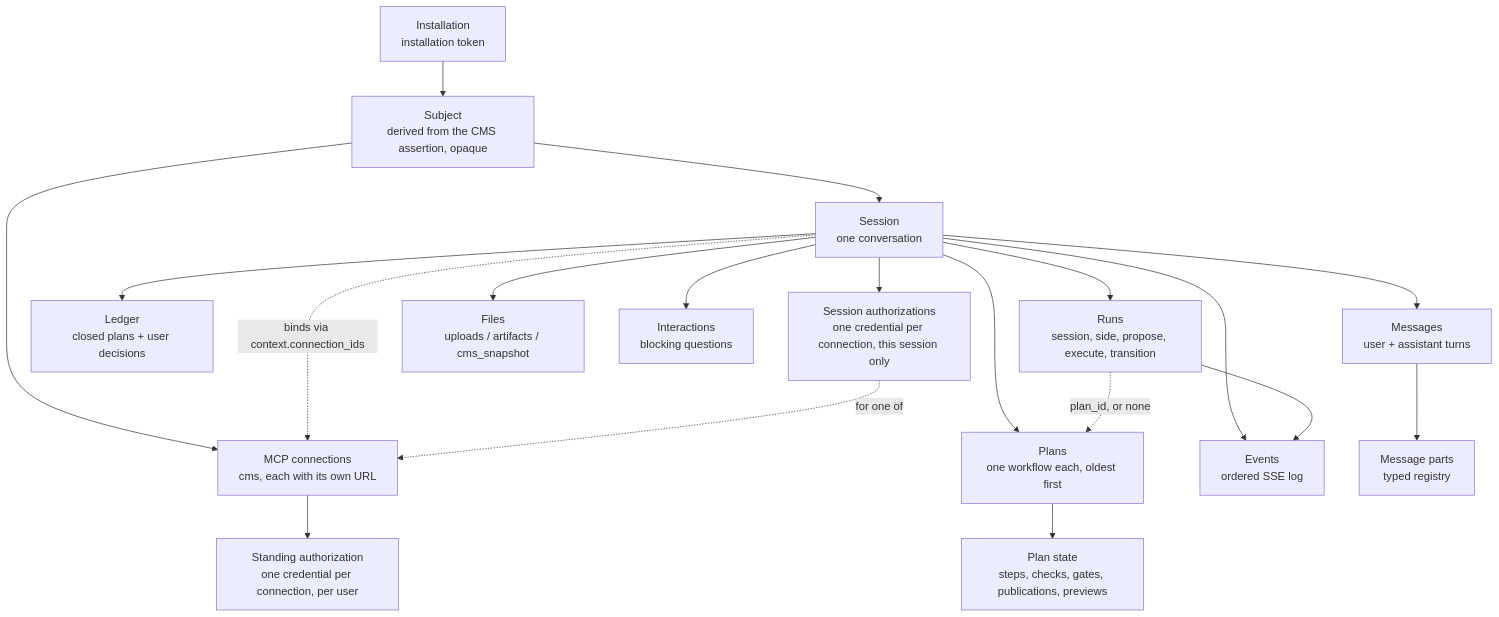
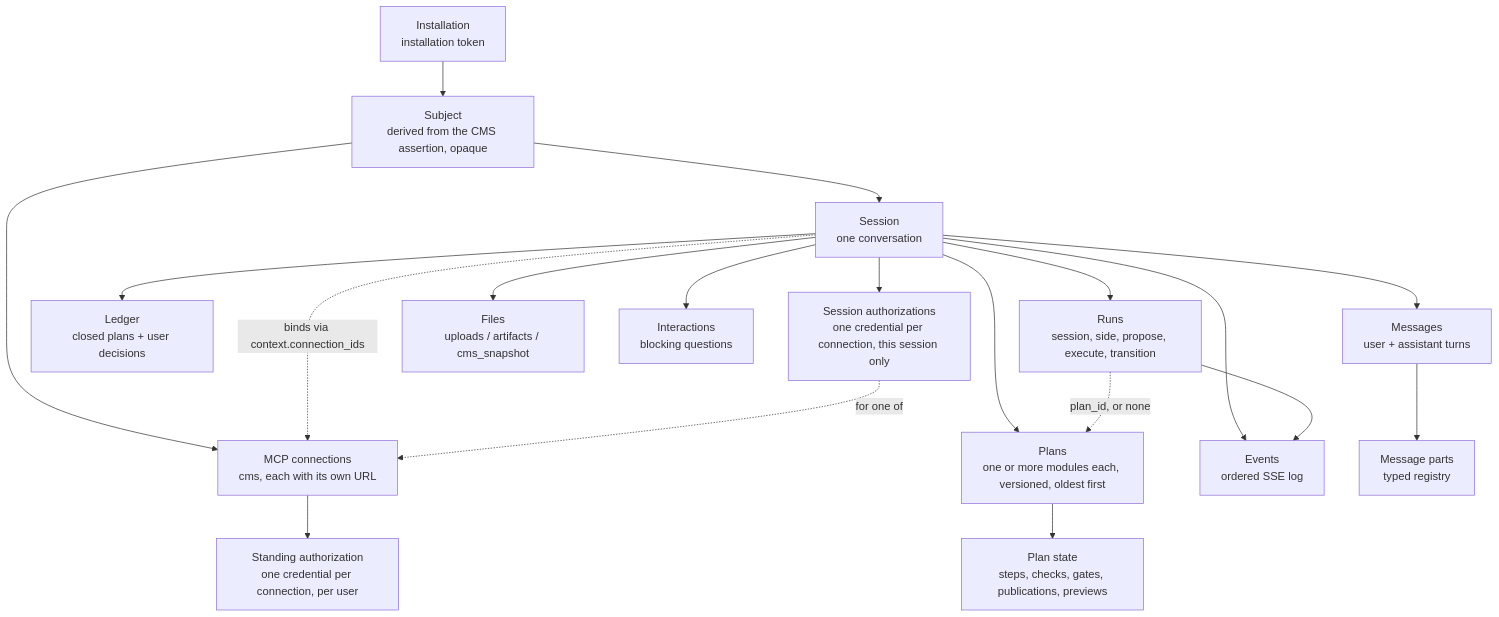
Before and after one commit to gentics/cms-oss: the first of 2 diagrams in workspace-ui/.claude/contracts/genaix-docs/03-genaix-api.md, drawn with Mermaid. The commit also changed other lines of this file and 63 other files, not shown here.

````diff
--- a/workspace-ui/.claude/contracts/genaix-docs/03-genaix-api.md
+++ b/workspace-ui/.claude/contracts/genaix-docs/03-genaix-api.md
@@ -265,21 +271,21 @@
 ```mermaid
 graph TD
     INST[Installation<br/>installation token] --> USER[Subject<br/>derived from the CMS assertion, opaque]
     USER --> CONN[MCP connections<br/>cms, each with its own URL]
     CONN --> AUTH[Standing authorization<br/>one credential per connection, per user]
     USER --> SESSION[Session<br/>one conversation]
     SESSION --> MSG[Messages<br/>user + assistant turns]
-    SESSION --> PLAN[Plans<br/>one workflow each, oldest first]
+    SESSION --> PLAN[Plans<br/>one or more modules each, versioned, oldest first]
     PLAN --> PSTATE[Plan state<br/>steps, checks, gates, publications, previews]
     SESSION --> LEDGER[Ledger<br/>closed plans + user decisions]
     SESSION --> RUN[Runs<br/>session, side, propose, execute, transition]
     RUN -.->|"plan_id, or none"| PLAN
     SESSION --> EVT[Events<br/>ordered SSE log]
     SESSION --> FILE[Files<br/>uploads / artifacts / cms_snapshot]
     SESSION --> INTER[Interactions<br/>blocking questions]
     SESSION --> SAUTH[Session authorizations<br/>one credential per connection, this session only]
     SESSION -.->|"binds via context.connection_ids"| CONN
     SAUTH -.->|"for one of"| CONN
     MSG --> PART[Message parts<br/>typed registry]
     RUN --> EVT
 ```
````
